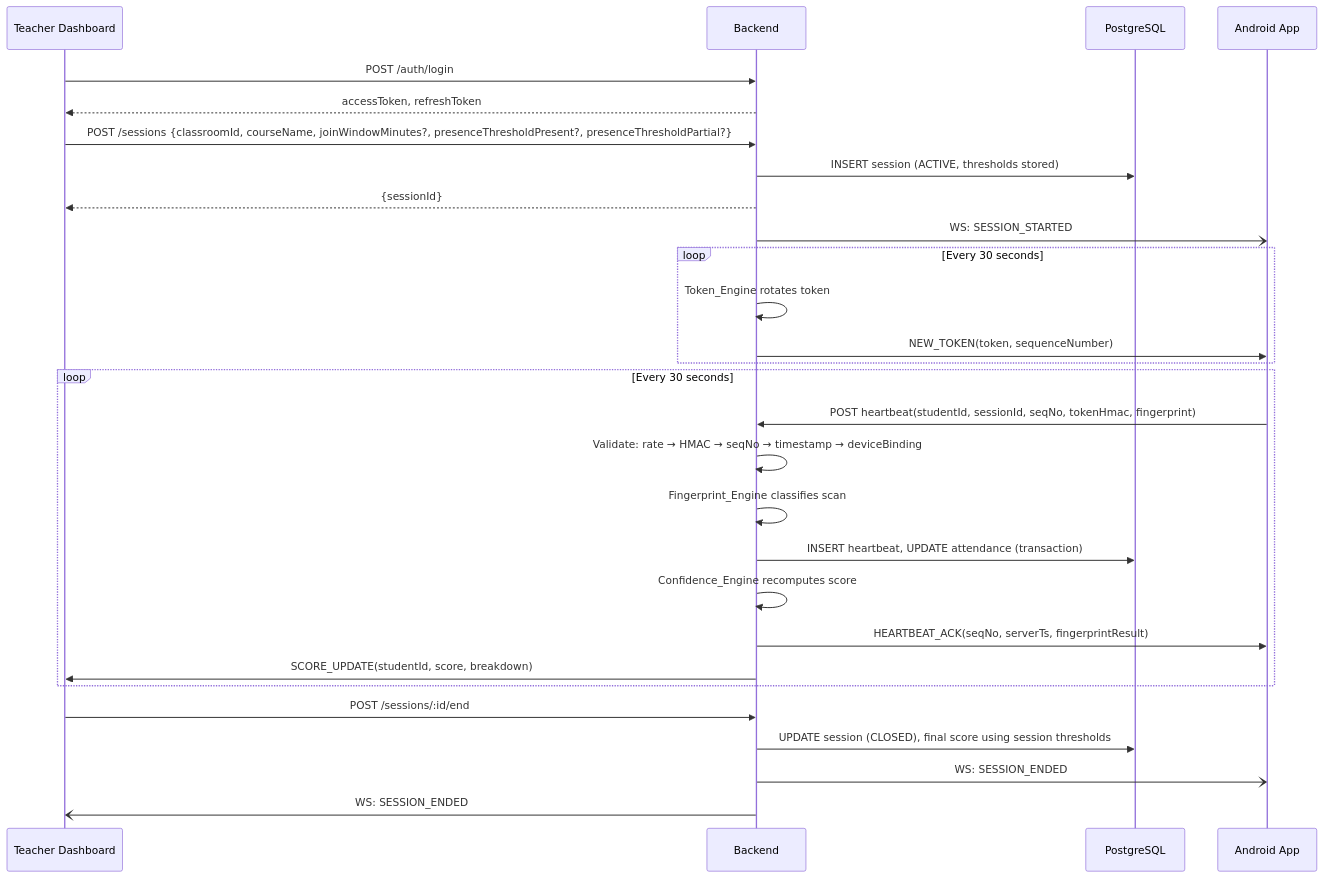
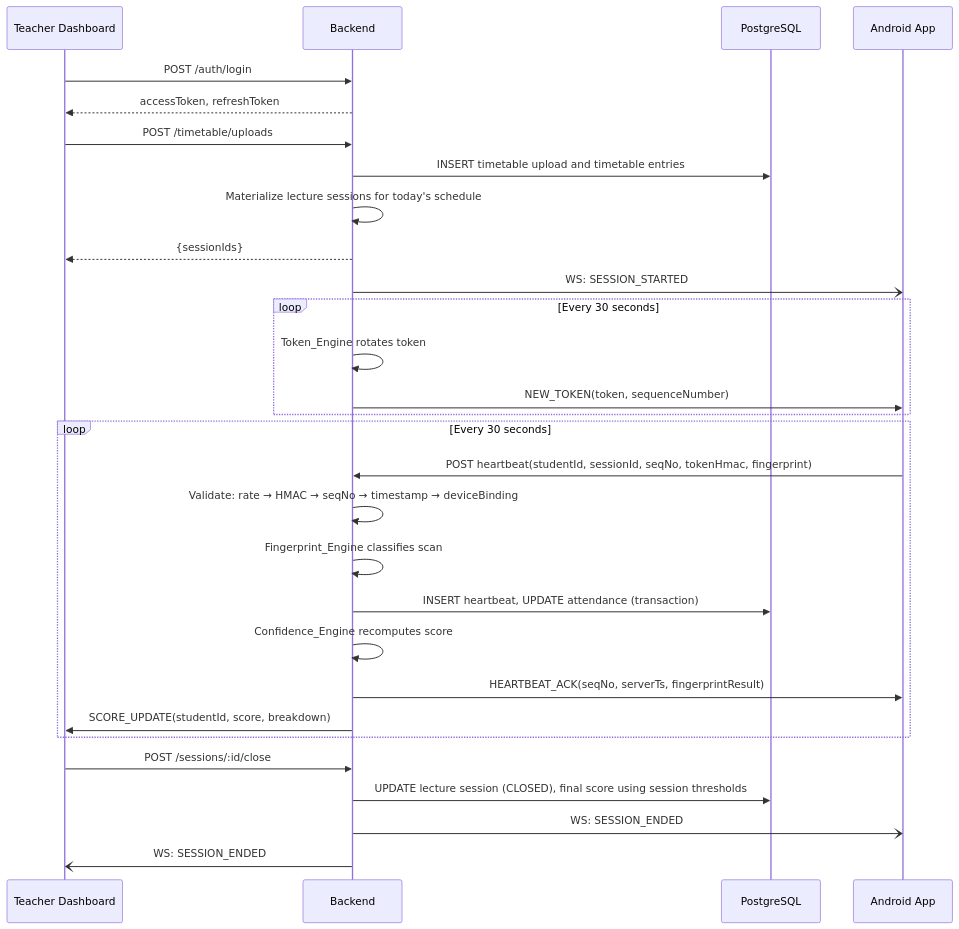
Before and after one commit to Manohar2104/Automatic-Attendance-Management-System: the second of 4 diagrams in docs/Design.md, drawn with Mermaid. The commit also changed other lines of this file and 33 other files, not shown here.

Commit message:
Architecture Freeze v2: Timetable-driven redesign after Phase 11A

````diff
--- a/docs/Design.md
+++ b/docs/Design.md
@@ -67,35 +67,36 @@
 ```mermaid
 sequenceDiagram
     participant T as Teacher Dashboard
     participant B as Backend
     participant DB as PostgreSQL
     participant A as Android App
 
     T->>B: POST /auth/login
     B-->>T: accessToken, refreshToken
-    T->>B: POST /sessions {classroomId, courseName, joinWindowMinutes?, presenceThresholdPresent?, presenceThresholdPartial?}
-    B->>DB: INSERT session (ACTIVE, thresholds stored)
-    B-->>T: {sessionId}
+    T->>B: POST /timetable/uploads
+    B->>DB: INSERT timetable upload and timetable entries
+    B->>B: Materialize lecture sessions for today's schedule
+    B-->>T: {sessionIds}
     B-)A: WS: SESSION_STARTED
 
     loop Every 30 seconds
         B->>B: Token_Engine rotates token
         B->>A: NEW_TOKEN(token, sequenceNumber)
     end
 
     loop Every 30 seconds
         A->>B: POST heartbeat(studentId, sessionId, seqNo, tokenHmac, fingerprint)
         B->>B: Validate: rate → HMAC → seqNo → timestamp → deviceBinding
         B->>B: Fingerprint_Engine classifies scan
         B->>DB: INSERT heartbeat, UPDATE attendance (transaction)
         B->>B: Confidence_Engine recomputes score
         B->>A: HEARTBEAT_ACK(seqNo, serverTs, fingerprintResult)
 
         B->>T: SCORE_UPDATE(studentId, score, breakdown)
     end
 
-    T->>B: POST /sessions/:id/end
-    B->>DB: UPDATE session (CLOSED), final score using session thresholds
+    T->>B: POST /sessions/:id/close
+    B->>DB: UPDATE lecture session (CLOSED), final score using session thresholds
     B-)A: WS: SESSION_ENDED
     B-)T: WS: SESSION_ENDED
 ```
````
